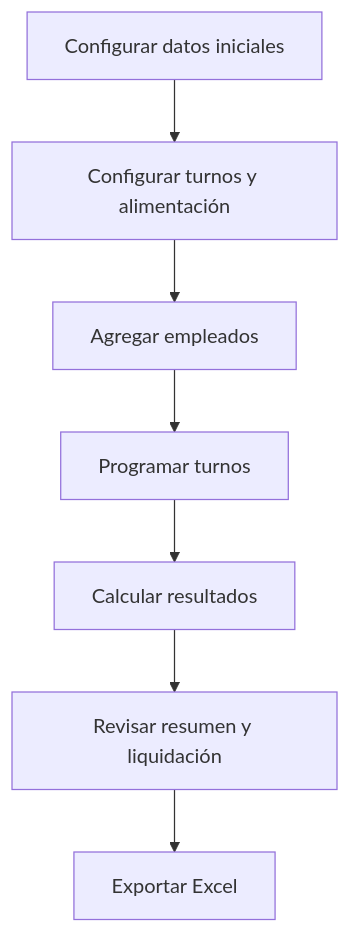
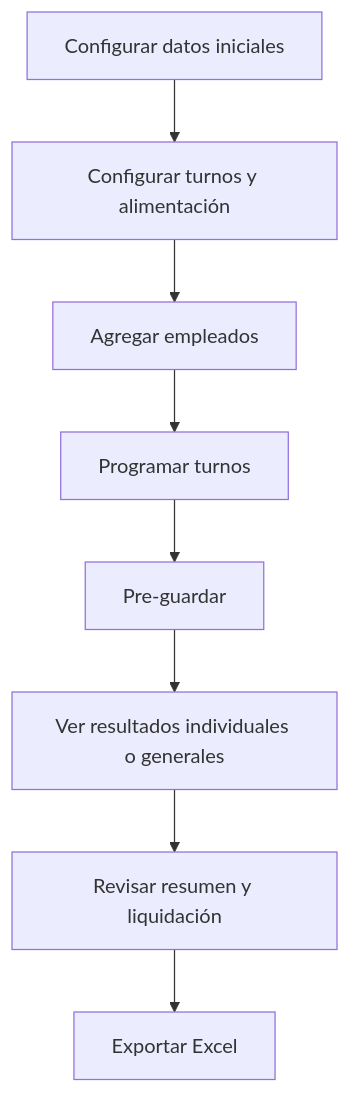
One commit to Alejostone1/Turnos_Claret changed the diagram in README.md. Above: the diagram before and after it, drawn with Mermaid. The commit also changed other lines of this file and 10 other files, not shown here.

````diff
--- a/README.md
+++ b/README.md
@@ -162,9 +165,10 @@
 ```mermaid
 flowchart TD
   A[Configurar datos iniciales] --> B[Configurar turnos y alimentación]
   B --> C[Agregar empleados]
   C --> D[Programar turnos]
-  D --> E[Calcular resultados]
+  D --> P[Pre-guardar]
+  P --> E[Ver resultados individuales o generales]
   E --> F[Revisar resumen y liquidación]
   F --> G[Exportar Excel]
 ```
````
